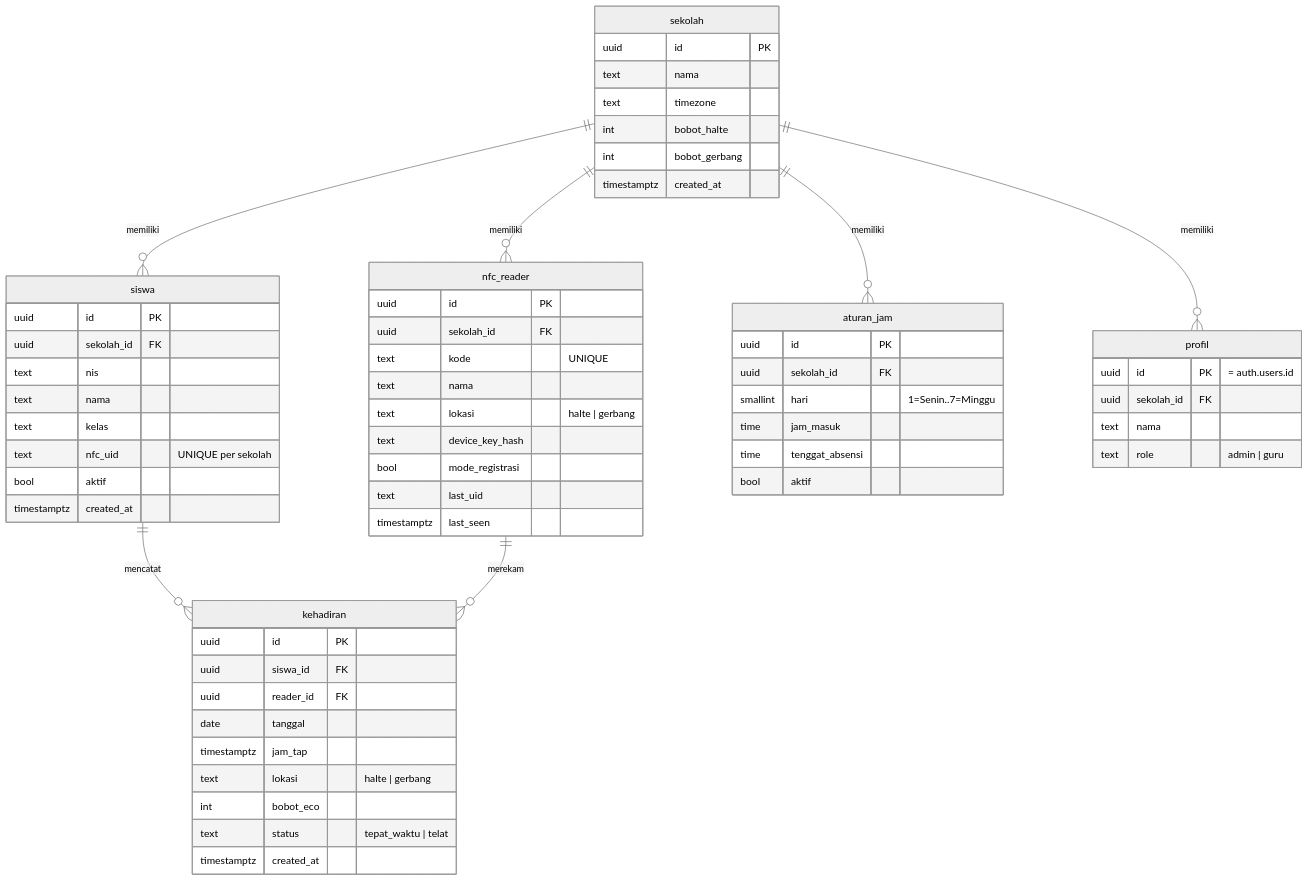
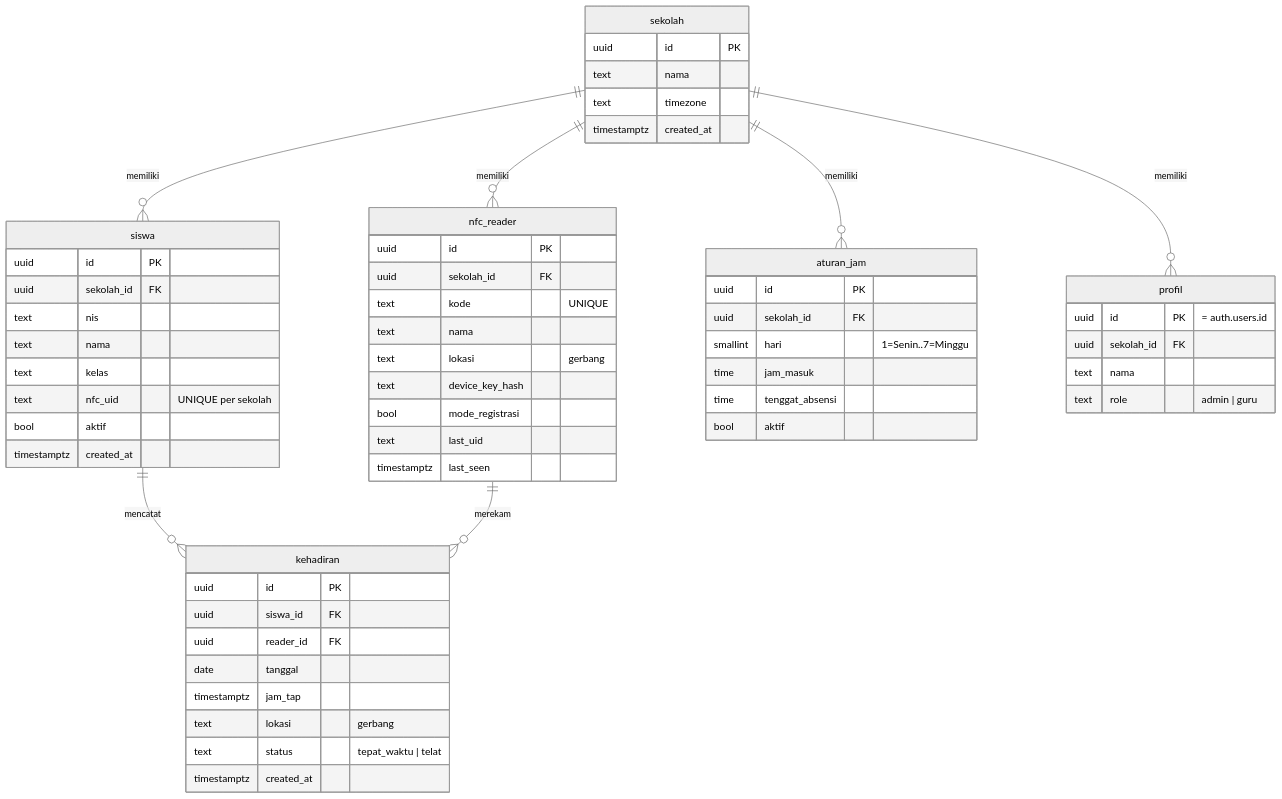
One commit to nadiarahmayanti219-oss/AXENTA changed the second of 2 diagrams in PRD.md. Above: the diagram before and after it, drawn with Mermaid (neutral theme). The commit also changed other lines of this file and 30 other files, not shown here.

````diff
--- a/PRD.md
+++ b/PRD.md
@@ -186,64 +179,61 @@
 ```mermaid
 erDiagram
     sekolah ||--o{ siswa : memiliki
     sekolah ||--o{ nfc_reader : memiliki
     sekolah ||--o{ aturan_jam : memiliki
     sekolah ||--o{ profil : memiliki
     siswa ||--o{ kehadiran : mencatat
     nfc_reader ||--o{ kehadiran : merekam
 
     sekolah {
         uuid id PK
         text nama
         text timezone
-        int bobot_halte
-        int bobot_gerbang
         timestamptz created_at
     }
     profil {
         uuid id PK "= auth.users.id"
         uuid sekolah_id FK
         text nama
         text role "admin | guru"
     }
     siswa {
         uuid id PK
         uuid sekolah_id FK
         text nis
         text nama
         text kelas
         text nfc_uid "UNIQUE per sekolah"
         bool aktif
         timestamptz created_at
     }
     nfc_reader {
         uuid id PK
         uuid sekolah_id FK
         text kode "UNIQUE"
         text nama
-        text lokasi "halte | gerbang"
+        text lokasi "gerbang"
         text device_key_hash
         bool mode_registrasi
         text last_uid
         timestamptz last_seen
     }
     aturan_jam {
         uuid id PK
         uuid sekolah_id FK
         smallint hari "1=Senin..7=Minggu"
         time jam_masuk
         time tenggat_absensi
         bool aktif
     }
     kehadiran {
         uuid id PK
         uuid siswa_id FK
         uuid reader_id FK
         date tanggal
         timestamptz jam_tap
-        text lokasi "halte | gerbang"
-        int bobot_eco
+        text lokasi "gerbang"
         text status "tepat_waktu | telat"
         timestamptz created_at
     }
 ```
````
